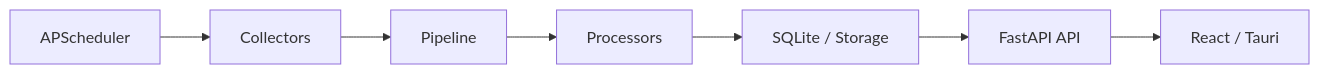
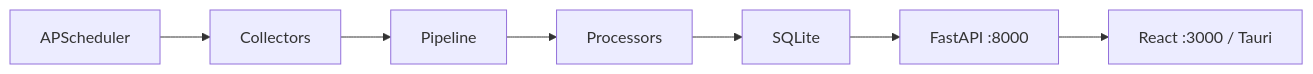
Before and after one commit to wangbubu2023/personal-info-monitor: the diagram in README.md, drawn with Mermaid. The commit also changed other lines of this file and 25 other files, not shown here.

````diff
--- a/README.md
+++ b/README.md
@@ -15,9 +21,9 @@
 ```mermaid
 flowchart LR
     A["Collectors"] --> B["Pipeline"]
     B --> C["Processors"]
-    C --> D["SQLite / Storage"]
-    D --> E["FastAPI API"]
-    E --> F["React / Tauri"]
+    C --> D["SQLite"]
+    D --> E["FastAPI :8000"]
+    E --> F["React :3000 / Tauri"]
     G["APScheduler"] --> A
 ```
````
